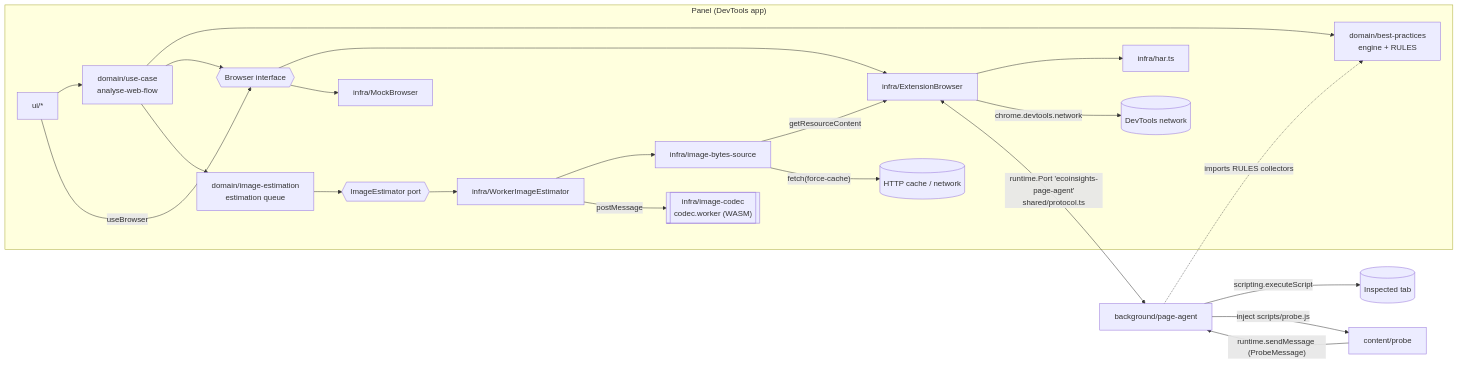
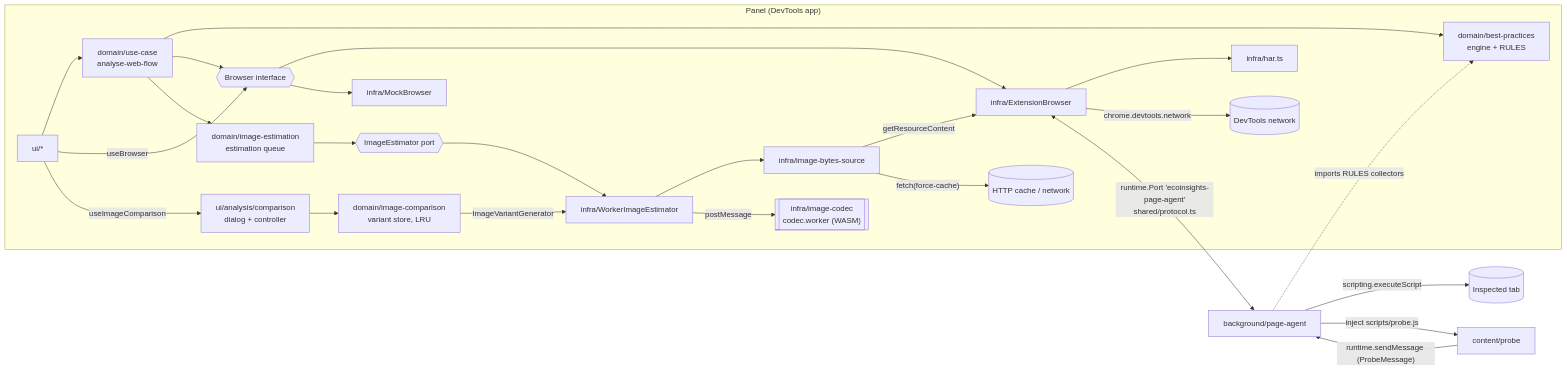
Before and after one commit to Searev/ecoinsights-devtools: the first of 3 diagrams in docs/architecture/ARCHITECTURE.md, drawn with Mermaid. The commit also changed other lines of this file and 57 other files, not shown here.

First line of the commit message:
feat(images): US-004 to US-005 - shortened image names and before/after comparison dialog

````diff
--- a/docs/architecture/ARCHITECTURE.md
+++ b/docs/architecture/ARCHITECTURE.md
@@ -17,25 +17,28 @@
 ```mermaid
 flowchart LR
   subgraph Panel["Panel (DevTools app)"]
     UI[ui/*] --> UC[domain/use-case<br/>analyse-web-flow]
     UC --> ENG[domain/best-practices<br/>engine + RULES]
     UC --> B{{Browser interface}}
     UI -->|useBrowser| B
     B --> EB[infra/ExtensionBrowser]
     B --> MB[infra/MockBrowser]
     UC --> Q[domain/image-estimation<br/>estimation queue]
     Q --> IE{{ImageEstimator port}}
     IE --> WIE[infra/WorkerImageEstimator]
     WIE --> BYTES[infra/image-bytes-source]
     BYTES -->|getResourceContent| EB
     BYTES -->|"fetch(force-cache)"| WEB[(HTTP cache / network)]
     WIE -->|postMessage| WK[["infra/image-codec<br/>codec.worker (WASM)"]]
+    UI -->|useImageComparison| CMP[ui/analysis/comparison<br/>dialog + controller]
+    CMP --> VS[domain/image-comparison<br/>variant store, LRU]
+    VS -->|ImageVariantGenerator| WIE
     EB --> HAR[infra/har.ts]
     EB -->|chrome.devtools.network| NET[(DevTools network)]
   end
   EB <-->|"runtime.Port 'ecoinsights-page-agent'<br/>shared/protocol.ts"| AG[background/page-agent]
   AG -->|scripting.executeScript| PAGE[(Inspected tab)]
   AG -->|"inject scripts/probe.js"| PROBE[content/probe]
   PROBE -->|"runtime.sendMessage (ProbeMessage)"| AG
   AG -.->|imports RULES collectors| ENG
 ```
````
